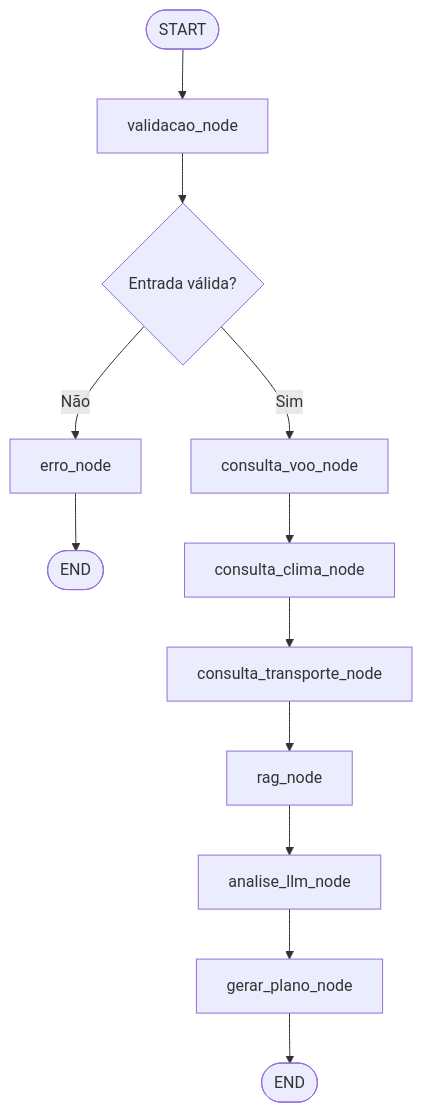
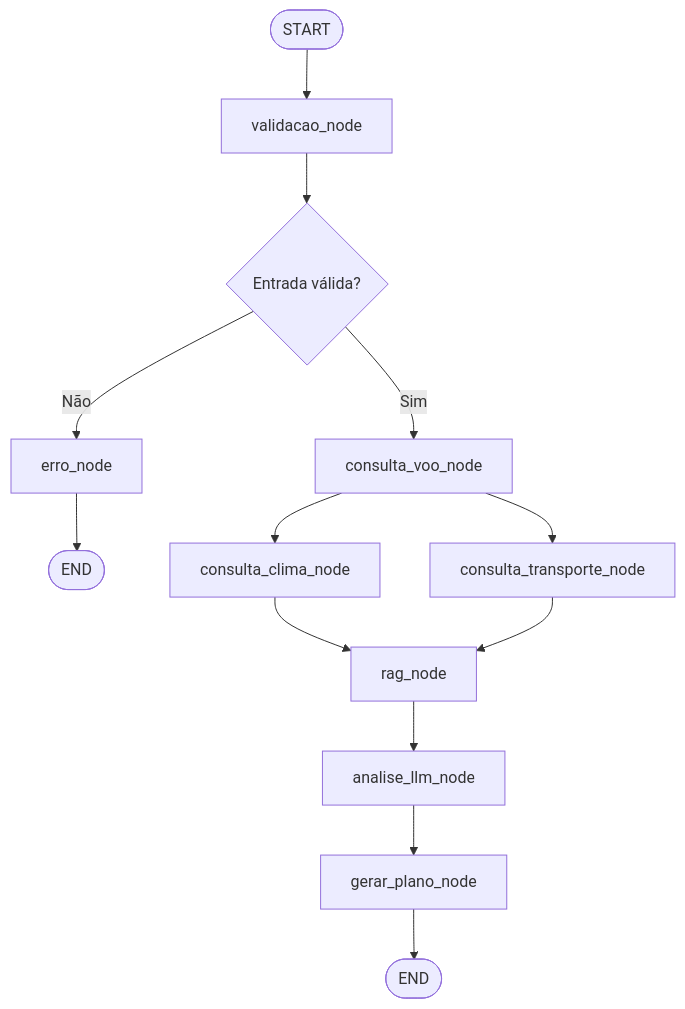
Before and after one commit to wiltonssp/mini-projeto-t2-crise-viagem: the first of 2 diagrams in README.md, drawn with Mermaid. The commit also changed other lines of this file and 8 other files, not shown here.

````diff
--- a/README.md
+++ b/README.md
@@ -64,14 +70,15 @@
 ```mermaid
 graph TD
     START([START]) --> validacao_node
     validacao_node --> check_valido{Entrada válida?}
     check_valido -->|Não| erro_node
     check_valido -->|Sim| consulta_voo_node
     erro_node --> END_ERR([END])
     consulta_voo_node --> consulta_clima_node
-    consulta_clima_node --> consulta_transporte_node
+    consulta_voo_node --> consulta_transporte_node
+    consulta_clima_node --> rag_node
     consulta_transporte_node --> rag_node
     rag_node --> analise_llm_node
     analise_llm_node --> gerar_plano_node
     gerar_plano_node --> END_OK([END])
 ```
````
